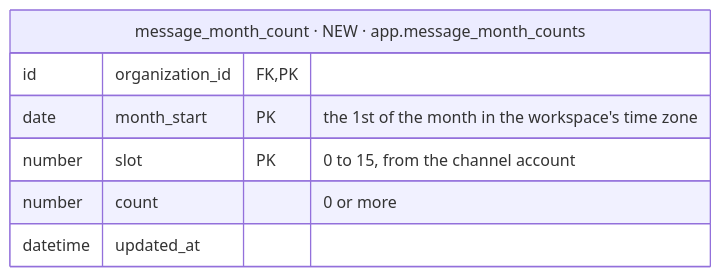
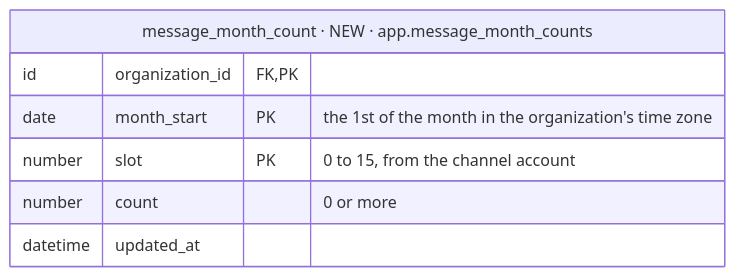
One commit to albetrios/meepzo-be changed diagram 27 of 39 in iterations/feat-instagram-dm-sending-2026-11-23-oxak/plans/db-changes.md. Above: the diagram before and after it, drawn with Mermaid. The commit also changed other lines of this file and 3 other files, not shown here.

````diff
--- a/iterations/feat-instagram-dm-sending-2026-11-23-oxak/plans/db-changes.md
+++ b/iterations/feat-instagram-dm-sending-2026-11-23-oxak/plans/db-changes.md
@@ -1427,10 +1455,10 @@
 ```mermaid
 erDiagram
   message_month_count["message_month_count · NEW · app.message_month_counts"] {
     id organization_id FK, PK
-    date month_start PK "the 1st of the month in the workspace's time zone"
+    date month_start PK "the 1st of the month in the organization's time zone"
     number slot PK "0 to 15, from the channel account"
     number count "0 or more"
     datetime updated_at
   }
 ```
````
